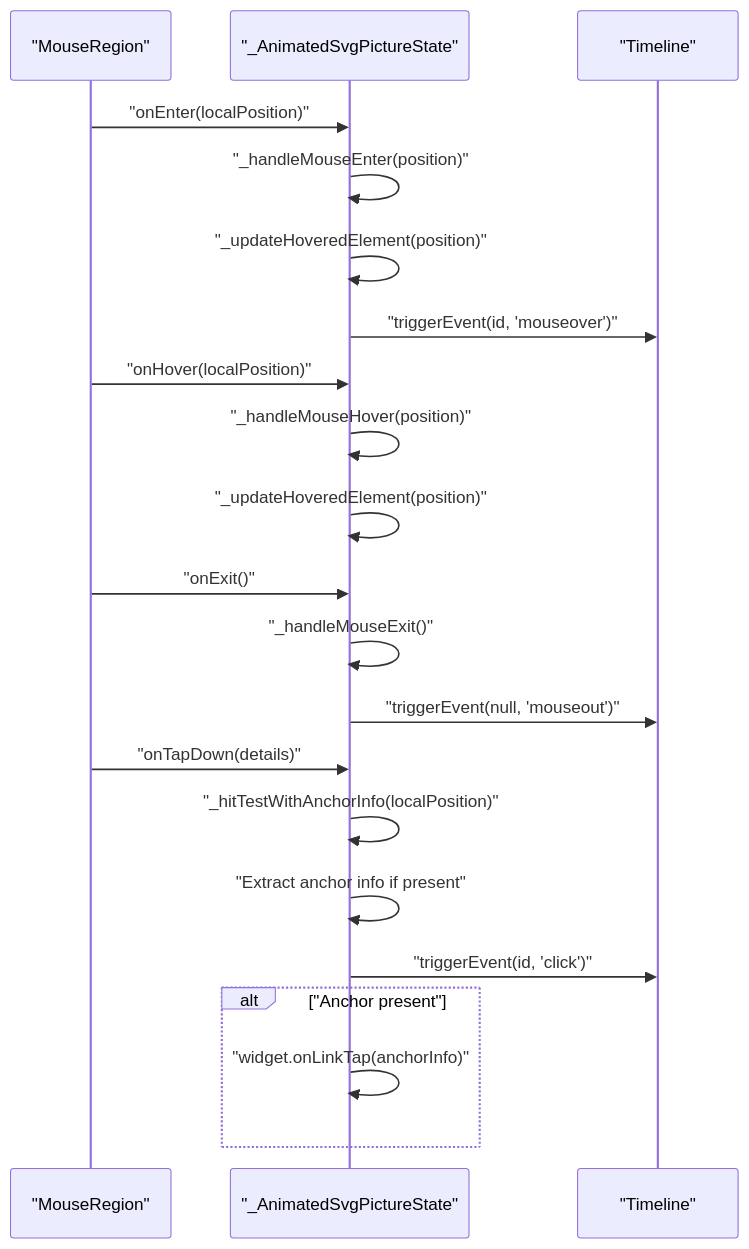
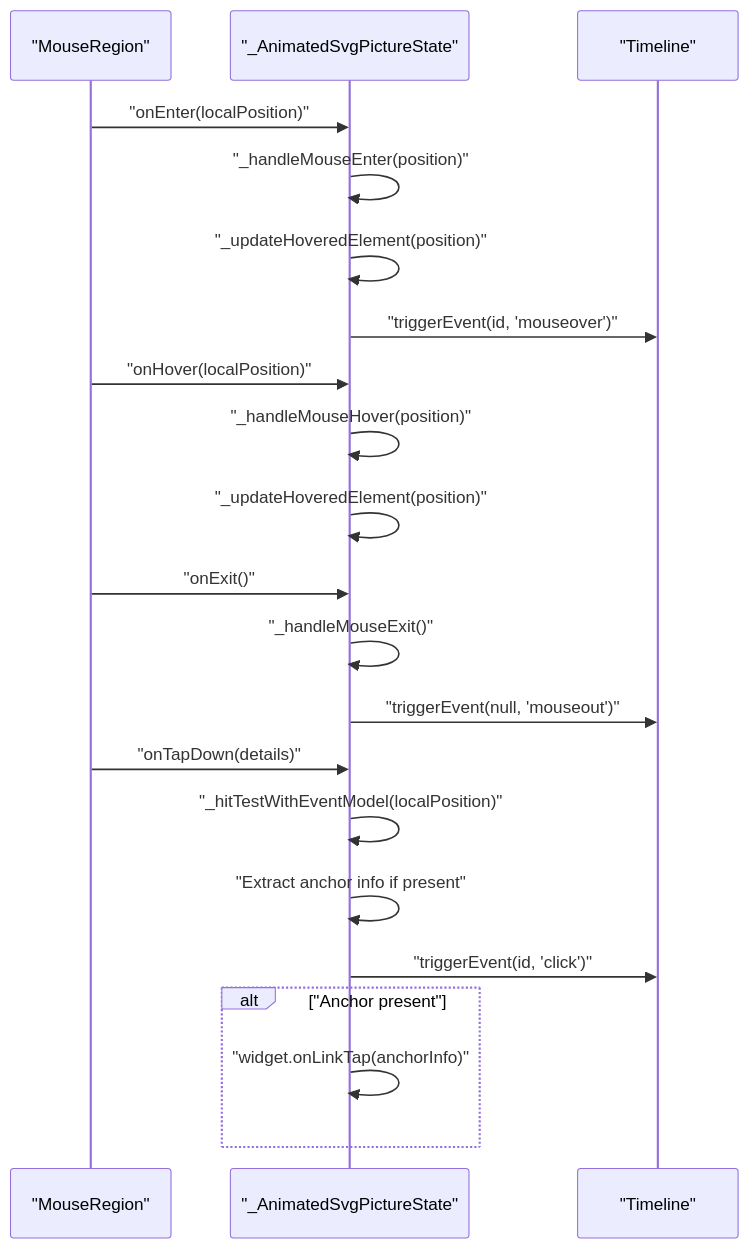
The tenth of 18 diagrams in .qoder/repowiki/en/content/Advanced Features/Interactive SVG Elements.md (denisnadey/flutter_full_svg_support), drawn with Mermaid before and after one commit. The commit also changed other lines of this file and 20 other files, not shown here.

````diff
--- a/.qoder/repowiki/en/content/Advanced Features/Interactive SVG Elements.md
+++ b/.qoder/repowiki/en/content/Advanced Features/Interactive SVG Elements.md
@@ -356,23 +469,23 @@
 ```mermaid
 sequenceDiagram
 participant MR as "MouseRegion"
 participant GS as "_AnimatedSvgPictureState"
 participant TL as "Timeline"
 MR->>GS : "onEnter(localPosition)"
 GS->>GS : "_handleMouseEnter(position)"
 GS->>GS : "_updateHoveredElement(position)"
 GS->>TL : "triggerEvent(id, 'mouseover')"
 MR->>GS : "onHover(localPosition)"
 GS->>GS : "_handleMouseHover(position)"
 GS->>GS : "_updateHoveredElement(position)"
 MR->>GS : "onExit()"
 GS->>GS : "_handleMouseExit()"
 GS->>TL : "triggerEvent(null, 'mouseout')"
 MR->>GS : "onTapDown(details)"
-GS->>GS : "_hitTestWithAnchorInfo(localPosition)"
+GS->>GS : "_hitTestWithEventModel(localPosition)"
 GS->>GS : "Extract anchor info if present"
 GS->>TL : "triggerEvent(id, 'click')"
 alt "Anchor present"
 GS->>GS : "widget.onLinkTap(anchorInfo)"
 end
 ```
````
